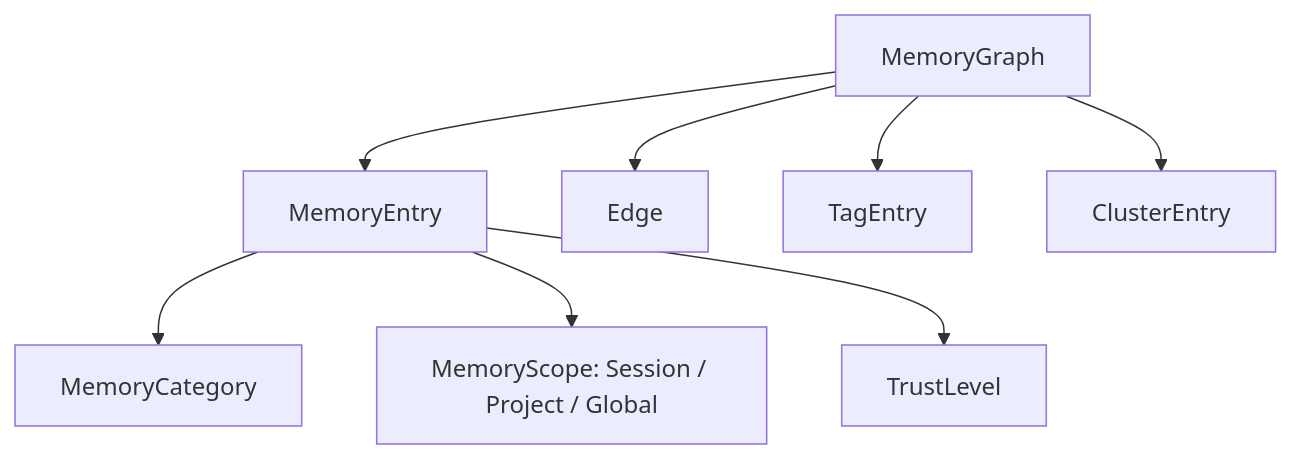
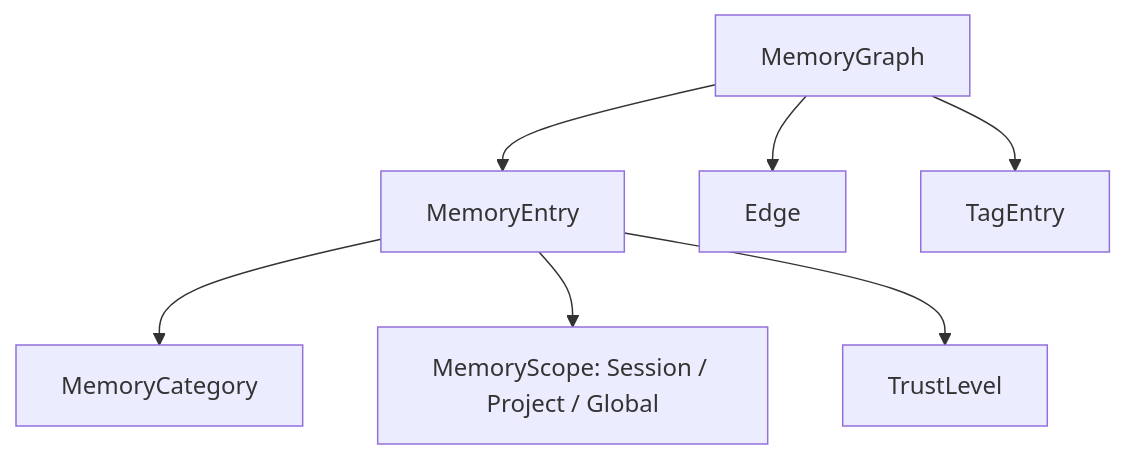
One commit to nickma80/fox-agent-sdk changed the second of 3 diagrams in docs/whitepaper.md. Above: the diagram before and after it, drawn with Mermaid. The commit also changed other lines of this file and 37 other files, not shown here.

````diff
--- a/docs/whitepaper.md
+++ b/docs/whitepaper.md
@@ -281,10 +281,9 @@
 ```mermaid
 graph TD
     ME[MemoryEntry] --> MC[MemoryCategory]
     ME --> MS[MemoryScope: Session / Project / Global]
     ME --> MT[TrustLevel]
     MG[MemoryGraph] --> ME
     MG --> Edge
     MG --> TagEntry
-    MG --> ClusterEntry
 ```
````
